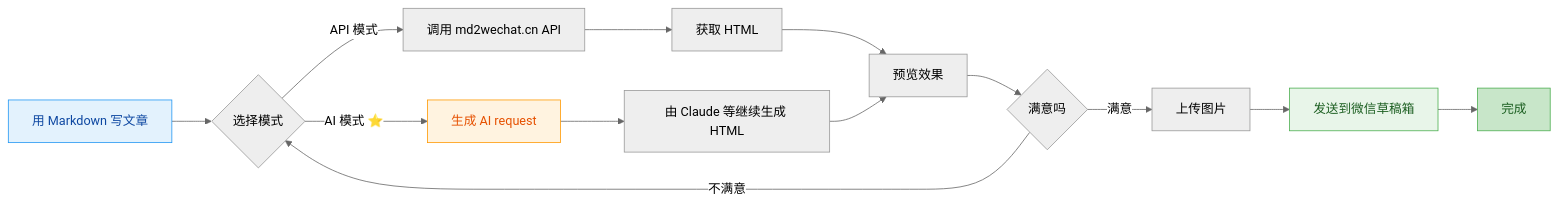
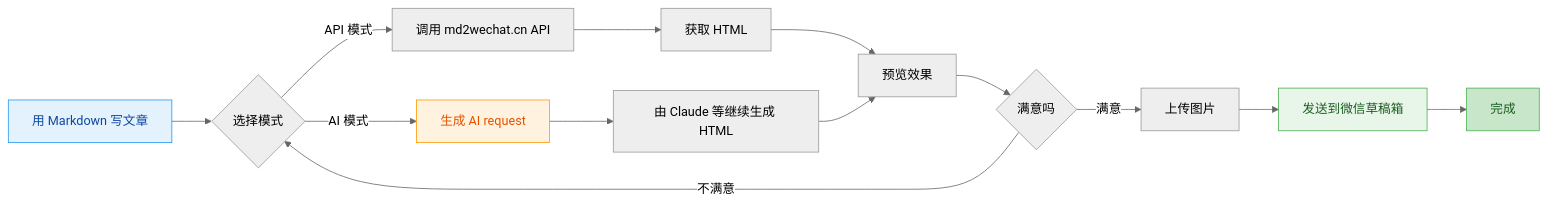
Before and after one commit to MilesHan/md2wechat-skill: the first of 5 diagrams in README.md, drawn with Mermaid (neutral theme). The commit also changed other lines of this file, not shown here.

````diff
--- a/README.md
+++ b/README.md
@@ -151,29 +149,29 @@
 ```mermaid
 flowchart LR
     A[用 Markdown 写文章] --> B{选择模式}
 
     B -->|API 模式| C[调用 md2wechat.cn API]
     C --> D[获取 HTML]
 
-    B -->|AI 模式 ⭐| E[生成 AI request]
+    B -->|AI 模式| E[生成 AI request]
     E --> F[由 Claude 等继续生成 HTML]
 
     D --> G[预览效果]
     F --> G
 
     G --> H{满意吗}
     H -->|不满意| B
     H -->|满意| I[上传图片]
     I --> J[发送到微信草稿箱]
     J --> K[完成]
 
     classDef nodeA fill:#e3f2fd,stroke:#2196f3,color:#0d47a1
     classDef nodeE fill:#fff3e0,stroke:#ff9800,color:#e65100
     classDef nodeJ fill:#e8f5e9,stroke:#4caf50,color:#1b5e20
     classDef nodeK fill:#c8e6c9,stroke:#4caf50,color:#1b5e20
 
     class A nodeA
     class E nodeE
     class J nodeJ
     class K nodeK
 ```
````
